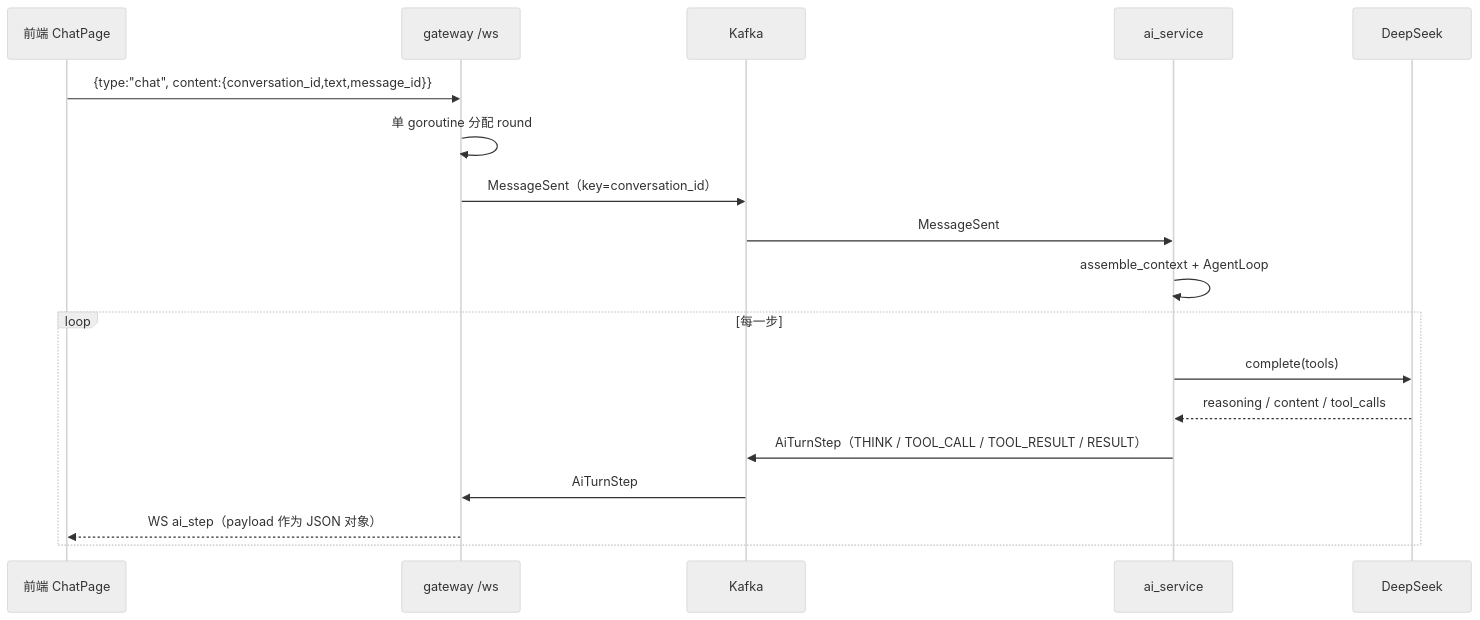
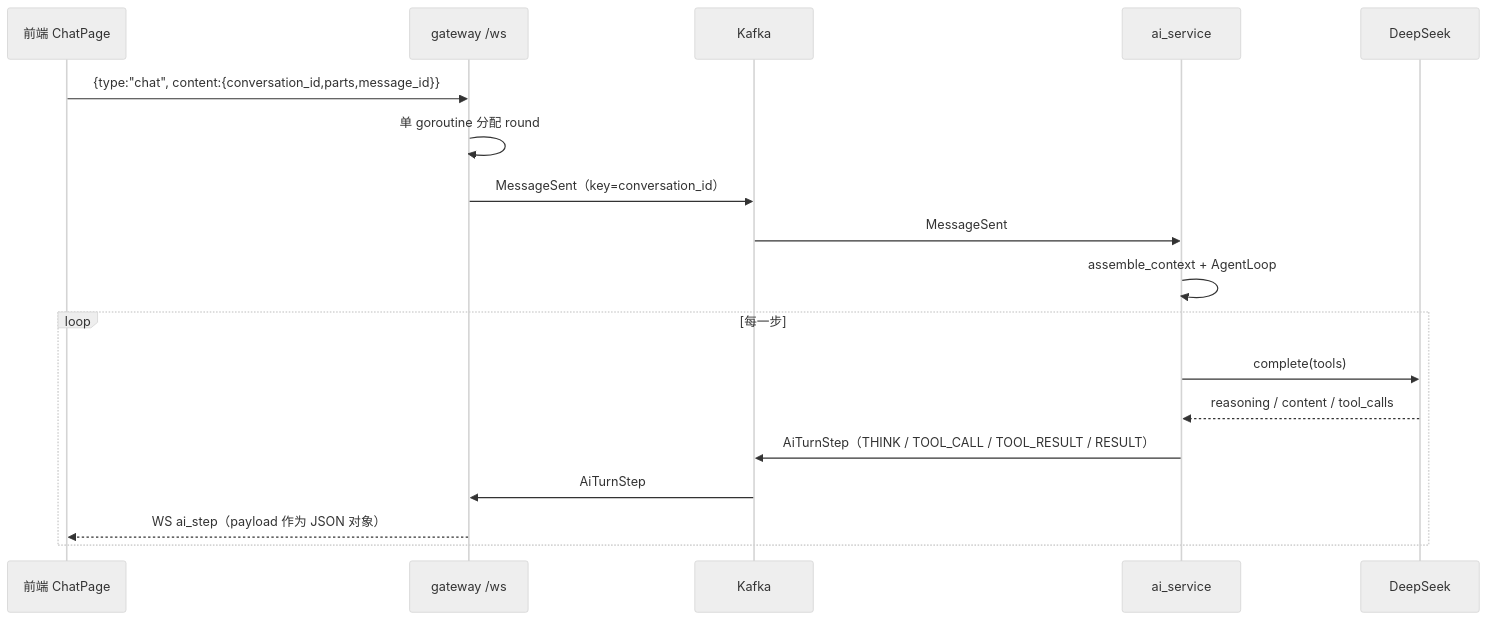
Before and after one commit to ChantLingWang/TDL: the diagram in docs/message-chain.md, drawn with Mermaid (neutral theme). The commit also changed other lines of this file and 15 other files, not shown here.

First line of the commit message:
feat(proto): MessageSent 改用 ContentPart parts

````diff
--- a/docs/message-chain.md
+++ b/docs/message-chain.md
@@ -11,21 +11,21 @@
 ```mermaid
 sequenceDiagram
     participant FE as 前端 ChatPage
     participant GW as gateway /ws
     participant K as Kafka
     participant AI as ai_service
     participant LLM as DeepSeek
 
-    FE->>GW: {type:"chat", content:{conversation_id,text,message_id}}
+    FE->>GW: {type:"chat", content:{conversation_id,parts,message_id}}
     GW->>GW: 单 goroutine 分配 round
     GW->>K: MessageSent（key=conversation_id）
     K->>AI: MessageSent
     AI->>AI: assemble_context + AgentLoop
     loop 每一步
         AI->>LLM: complete(tools)
         LLM-->>AI: reasoning / content / tool_calls
         AI->>K: AiTurnStep（THINK / TOOL_CALL / TOOL_RESULT / RESULT）
         K->>GW: AiTurnStep
         GW-->>FE: WS ai_step（payload 作为 JSON 对象）
     end
 ```
````
